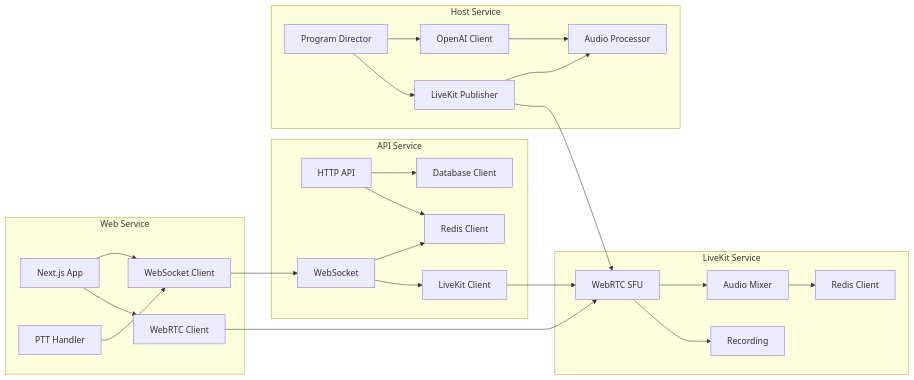
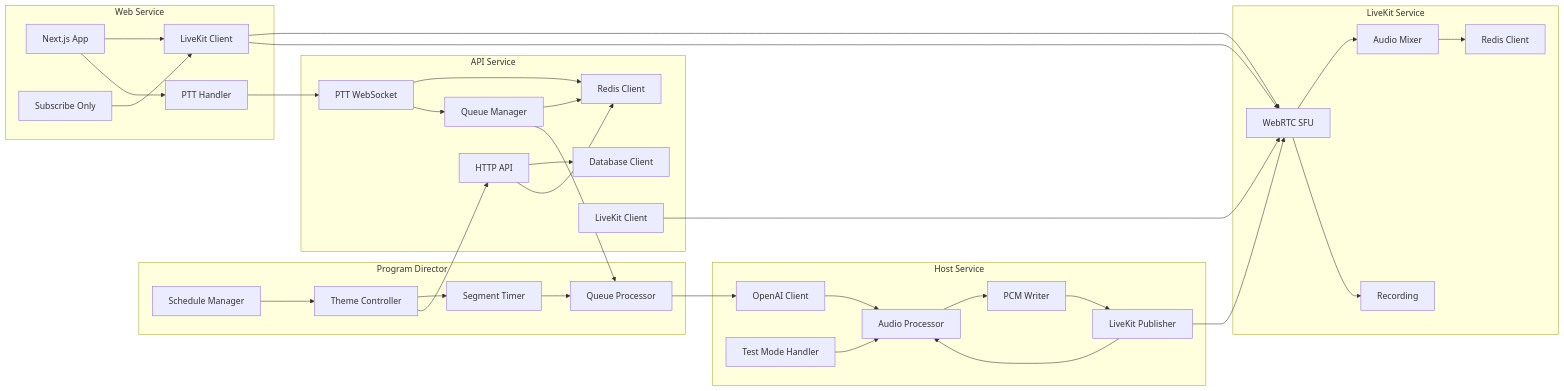
Before and after one commit to IzmYuta/Hacz_Ichthyo: the third of 6 diagrams in docs/architecture-diagram.md, drawn with Mermaid. The commit also changed other lines of this file and 4 other files, not shown here.

````diff
--- a/docs/architecture-diagram.md
+++ b/docs/architecture-diagram.md
@@ -125,59 +117,79 @@
 ```mermaid
 graph LR
     subgraph "API Service"
         A1[HTTP API]
-        A2[WebSocket]
+        A2[PTT WebSocket]
         A3[Database Client]
         A4[Redis Client]
         A5[LiveKit Client]
+        A6[Queue Manager]
     end
     
     subgraph "Host Service"
         H1[OpenAI Client]
         H2[LiveKit Publisher]
         H3[Audio Processor]
-        H4[Program Director]
+        H4[PCM Writer]
+        H5[Test Mode Handler]
+    end
+    
+    subgraph "Program Director"
+        P1[Schedule Manager]
+        P2[Theme Controller]
+        P3[Segment Timer]
+        P4[Queue Processor]
     end
     
     subgraph "LiveKit Service"
         L1[WebRTC SFU]
         L2[Audio Mixer]
         L3[Recording]
         L4[Redis Client]
     end
     
     subgraph "Web Service"
         W1[Next.js App]
-        W2[WebSocket Client]
-        W3[WebRTC Client]
-        W4[PTT Handler]
+        W2[LiveKit Client]
+        W3[PTT Handler]
+        W4[Subscribe Only]
     end
     
     %% API Service connections
     A1 --> A3
     A1 --> A4
     A2 --> A4
-    A2 --> A5
+    A2 --> A6
+    A5 --> L1
+    A6 --> A4
     
     %% Host Service connections
     H1 --> H3
     H2 --> H3
-    H4 --> H1
+    H3 --> H4
     H4 --> H2
+    H5 --> H3
+    
+    %% Program Director connections
+    P1 --> P2
+    P2 --> P3
+    P3 --> P4
+    P4 --> H1
     
     %% LiveKit Service connections
     L1 --> L2
     L1 --> L3
     L2 --> L4
     
     %% Web Service connections
     W1 --> W2
     W1 --> W3
+    W3 --> A2
+    W2 --> L1
     W4 --> W2
     
     %% Inter-service connections
-    A5 --> L1
     H2 --> L1
-    W3 --> L1
-    W2 --> A2
+    W2 --> L1
+    A6 --> P4
+    P2 --> A1
 ```
````
